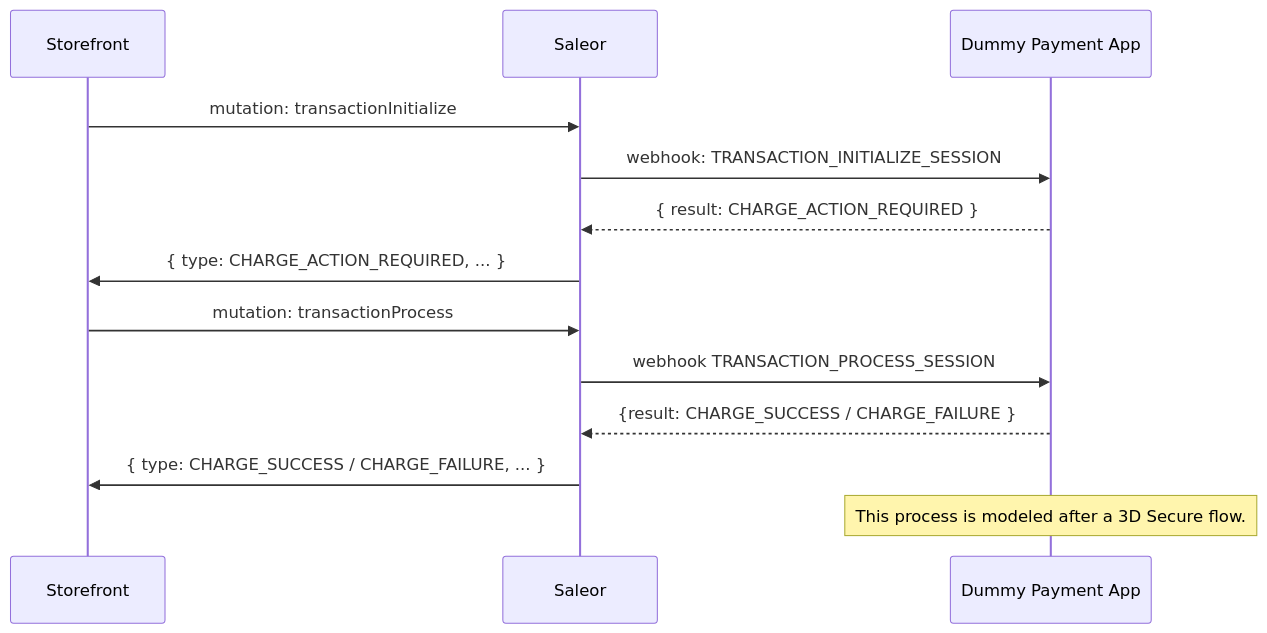
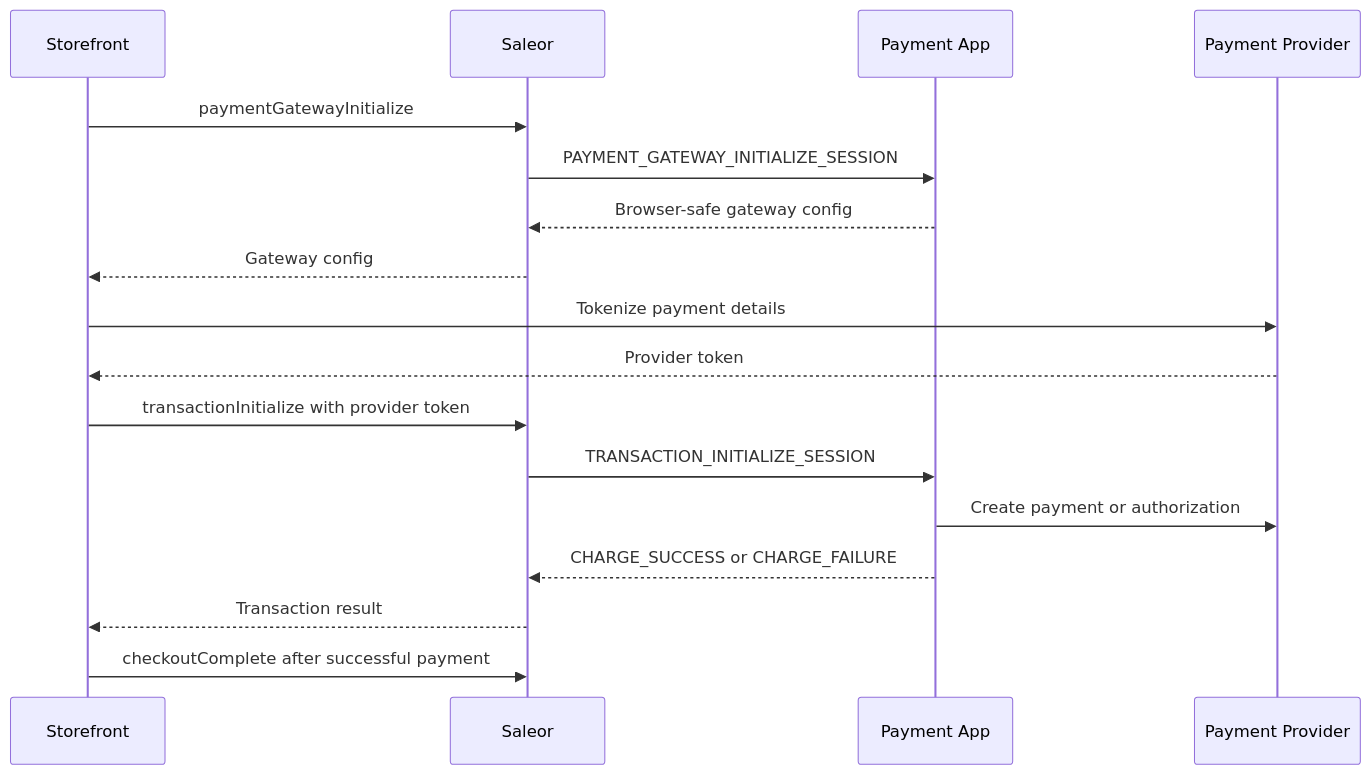
One commit to saleor/saleor-docs changed the first of 6 diagrams in docs/developer/extending/apps/building-payment-app.mdx. Above: the diagram before and after it, drawn with Mermaid. The commit also changed other lines of this file, not shown here.

Commit message:
Expand payment app tutorial (#1817)

````diff
--- a/docs/developer/extending/apps/building-payment-app.mdx
+++ b/docs/developer/extending/apps/building-payment-app.mdx
@@ -38,15 +67,20 @@
 ```mermaid
 sequenceDiagram
- participant Storefront
- participant Saleor
- participant Dummy Payment App
- Storefront->>Saleor: mutation: transactionInitialize
- Saleor->>Dummy Payment App: webhook: TRANSACTION_INITIALIZE_SESSION
- Dummy Payment App-->>Saleor: { result: CHARGE_ACTION_REQUIRED }
- Saleor->>Storefront: { type: CHARGE_ACTION_REQUIRED, ... }
- Storefront->>Saleor: mutation: transactionProcess
- Saleor->>Dummy Payment App: webhook TRANSACTION_PROCESS_SESSION
- Dummy Payment App-->>Saleor: {result: CHARGE_SUCCESS / CHARGE_FAILURE }
- Saleor->>Storefront: { type: CHARGE_SUCCESS / CHARGE_FAILURE, ... }
- Note over Dummy Payment App: This process is modeled after a 3D Secure flow.
+  participant Storefront
+  participant Saleor
+  participant App as Payment App
+  participant Provider as Payment Provider
+
+  Storefront->>Saleor: paymentGatewayInitialize
+  Saleor->>App: PAYMENT_GATEWAY_INITIALIZE_SESSION
+  App-->>Saleor: Browser-safe gateway config
+  Saleor-->>Storefront: Gateway config
+  Storefront->>Provider: Tokenize payment details
+  Provider-->>Storefront: Provider token
+  Storefront->>Saleor: transactionInitialize with provider token
+  Saleor->>App: TRANSACTION_INITIALIZE_SESSION
+  App->>Provider: Create payment or authorization
+  App-->>Saleor: CHARGE_SUCCESS or CHARGE_FAILURE
+  Saleor-->>Storefront: Transaction result
+  Storefront->>Saleor: checkoutComplete after successful payment
 ```
````
